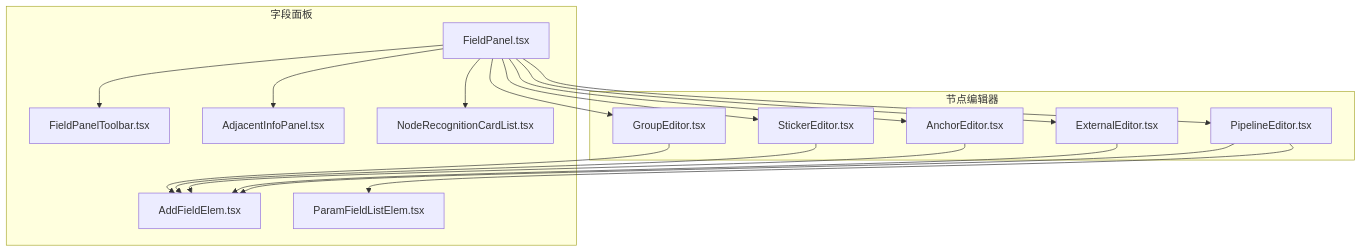
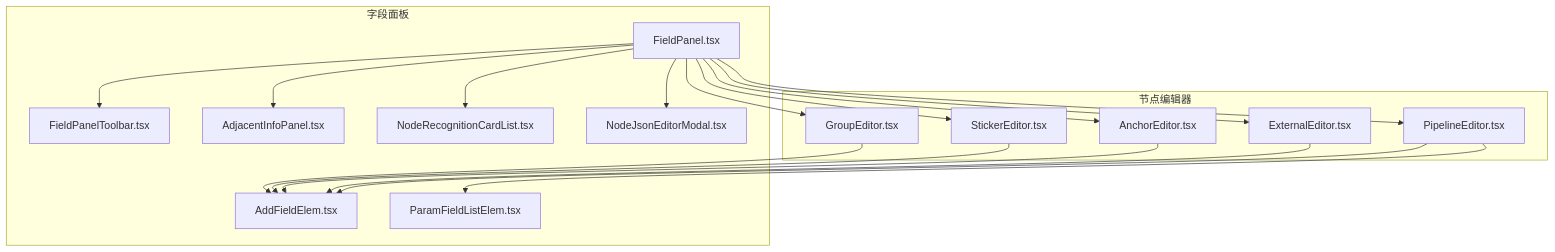
One commit to kqcoxn/MaaPipelineEditor changed the first of 8 diagrams in .qoder/repowiki/zh/content/用户界面/面板系统/字段面板.md. Above: the diagram before and after it, drawn with Mermaid. The commit also changed other lines of this file and 16 other files, not shown here.

````diff
--- a/.qoder/repowiki/zh/content/用户界面/面板系统/字段面板.md
+++ b/.qoder/repowiki/zh/content/用户界面/面板系统/字段面板.md
@@ -46,32 +57,34 @@
 ```mermaid
 graph TB
 subgraph "字段面板"
 FP["FieldPanel.tsx"]
 TBar["FieldPanelToolbar.tsx"]
 AE["AddFieldElem.tsx"]
 PFLE["ParamFieldListElem.tsx"]
 Adj["AdjacentInfoPanel.tsx"]
 NRCL["NodeRecognitionCardList.tsx"]
+JSONModal["NodeJsonEditorModal.tsx"]
 end
 subgraph "节点编辑器"
 PE["PipelineEditor.tsx"]
 EE["ExternalEditor.tsx"]
 AE2["AnchorEditor.tsx"]
 SE["StickerEditor.tsx"]
 GE["GroupEditor.tsx"]
 end
 FP --> TBar
 FP --> PE
 FP --> EE
 FP --> AE2
 FP --> SE
 FP --> GE
 FP --> Adj
 FP --> NRCL
+FP --> JSONModal
 PE --> AE
 PE --> PFLE
 EE --> AE
 AE2 --> AE
 SE --> AE
 GE --> AE
 ```
````
